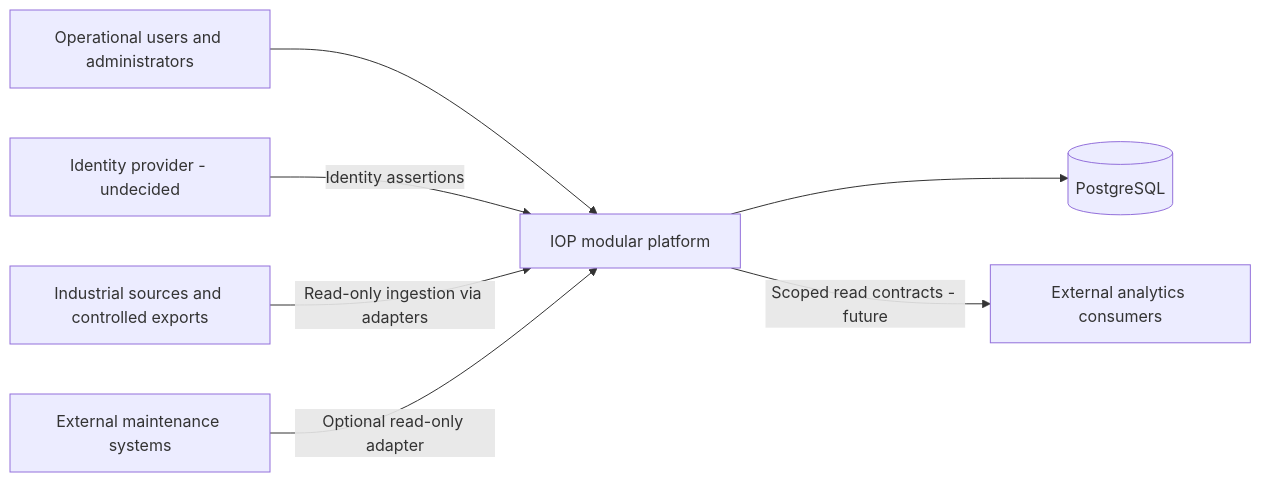
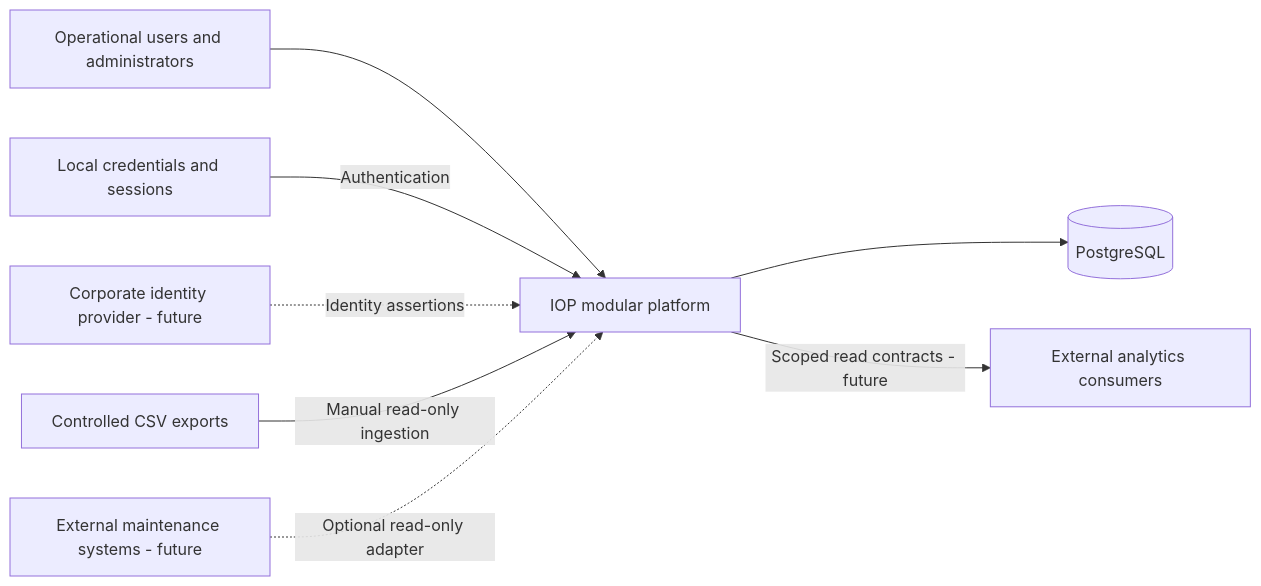
One commit to Industrial-Operations-Platform/iop-platform changed the diagram in docs/architecture/system-context.md. Above: the diagram before and after it, drawn with Mermaid. The commit also changed other lines of this file and 118 other files, not shown here.

````diff
--- a/docs/architecture/system-context.md
+++ b/docs/architecture/system-context.md
@@ -7,9 +9,10 @@
 ```mermaid
 flowchart LR
   People[Operational users and administrators] --> IOP[IOP modular platform]
-  IDP[Identity provider - undecided] -->|Identity assertions| IOP
-  Sources[Industrial sources and controlled exports] -->|Read-only ingestion via adapters| IOP
-  CMMS[External maintenance systems] -->|Optional read-only adapter| IOP
+  Local[Local credentials and sessions] -->|Authentication| IOP
+  IDP[Corporate identity provider - future] -.->|Identity assertions| IOP
+  Sources[Controlled CSV exports] -->|Manual read-only ingestion| IOP
+  CMMS[External maintenance systems - future] -.->|Optional read-only adapter| IOP
   IOP --> PG[(PostgreSQL)]
   IOP -->|Scoped read contracts - future| BI[External analytics consumers]
 ```
````
